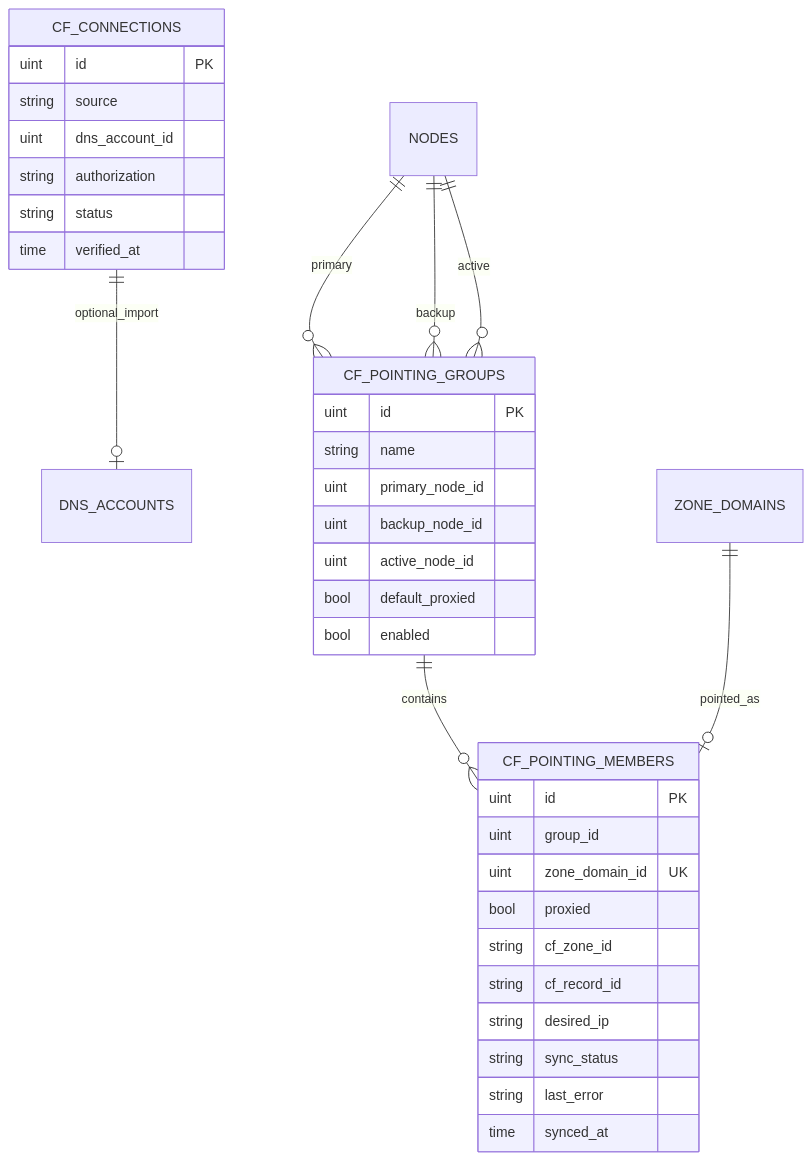
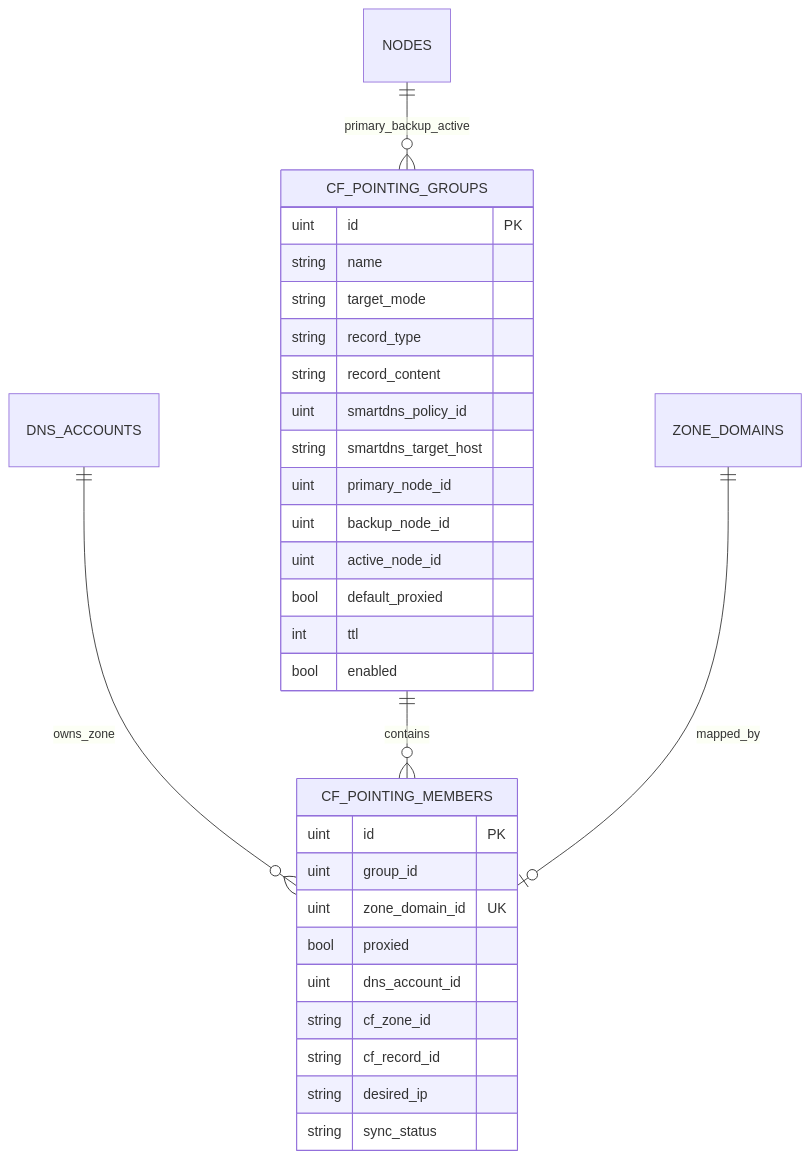
The diagram in docs/design/cloudflare-pointing.md (Rain-kl/OpenFlare), drawn with Mermaid before and after one commit. The commit also changed other lines of this file and 123 other files, not shown here.

````diff
--- a/docs/design/cloudflare-pointing.md
+++ b/docs/design/cloudflare-pointing.md
@@ -52,39 +14,34 @@
 ```mermaid
 erDiagram
-  CF_CONNECTIONS ||--o| DNS_ACCOUNTS : optional_import
+  DNS_ACCOUNTS ||--o{ CF_POINTING_MEMBERS : owns_zone
   CF_POINTING_GROUPS ||--o{ CF_POINTING_MEMBERS : contains
-  ZONE_DOMAINS ||--o| CF_POINTING_MEMBERS : pointed_as
-  NODES ||--o{ CF_POINTING_GROUPS : primary
-  NODES ||--o{ CF_POINTING_GROUPS : backup
-  NODES ||--o{ CF_POINTING_GROUPS : active
+  ZONE_DOMAINS ||--o| CF_POINTING_MEMBERS : mapped_by
+  NODES ||--o{ CF_POINTING_GROUPS : primary_backup_active
 
-  CF_CONNECTIONS {
-    uint id PK
-    string source
-    uint dns_account_id
-    string authorization
-    string status
-    time verified_at
-  }
   CF_POINTING_GROUPS {
     uint id PK
     string name
+    string target_mode
+    string record_type
+    string record_content
+    uint smartdns_policy_id
+    string smartdns_target_host
     uint primary_node_id
     uint backup_node_id
     uint active_node_id
     bool default_proxied
+    int ttl
     bool enabled
   }
   CF_POINTING_MEMBERS {
     uint id PK
     uint group_id
     uint zone_domain_id UK
     bool proxied
+    uint dns_account_id
     string cf_zone_id
     string cf_record_id
     string desired_ip
     string sync_status
-    string last_error
-    time synced_at
   }
 ```
````
